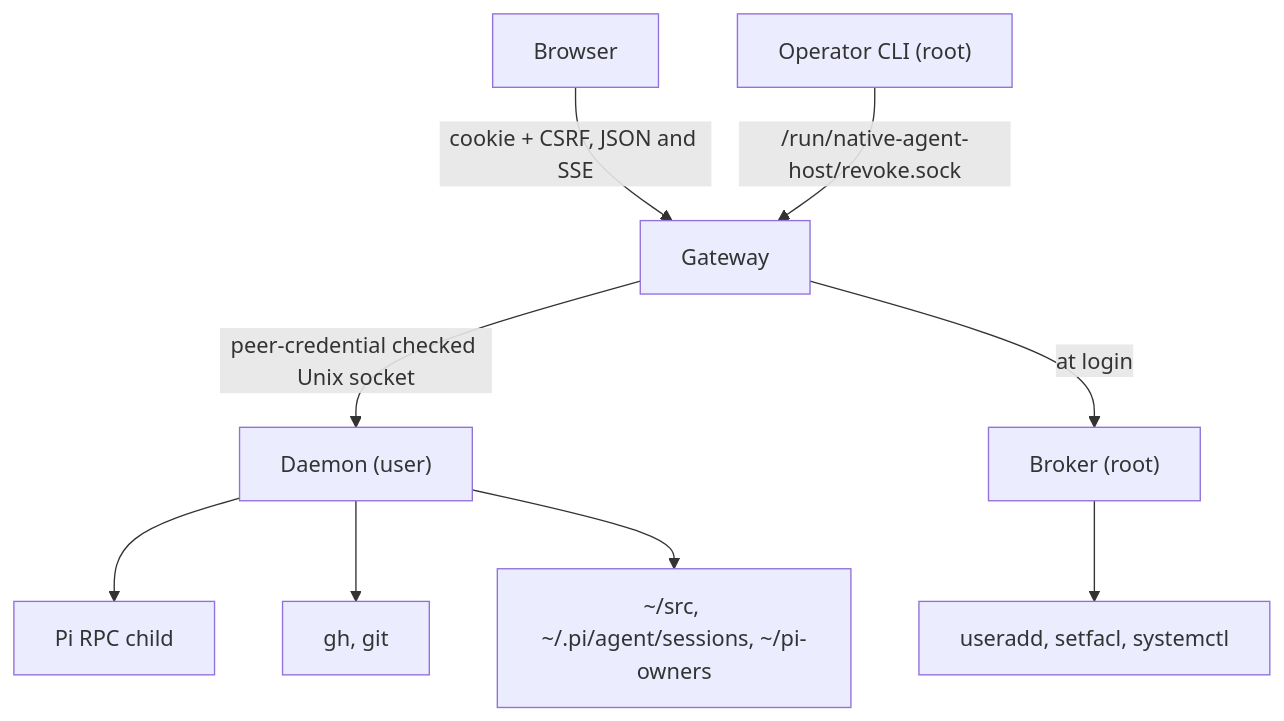
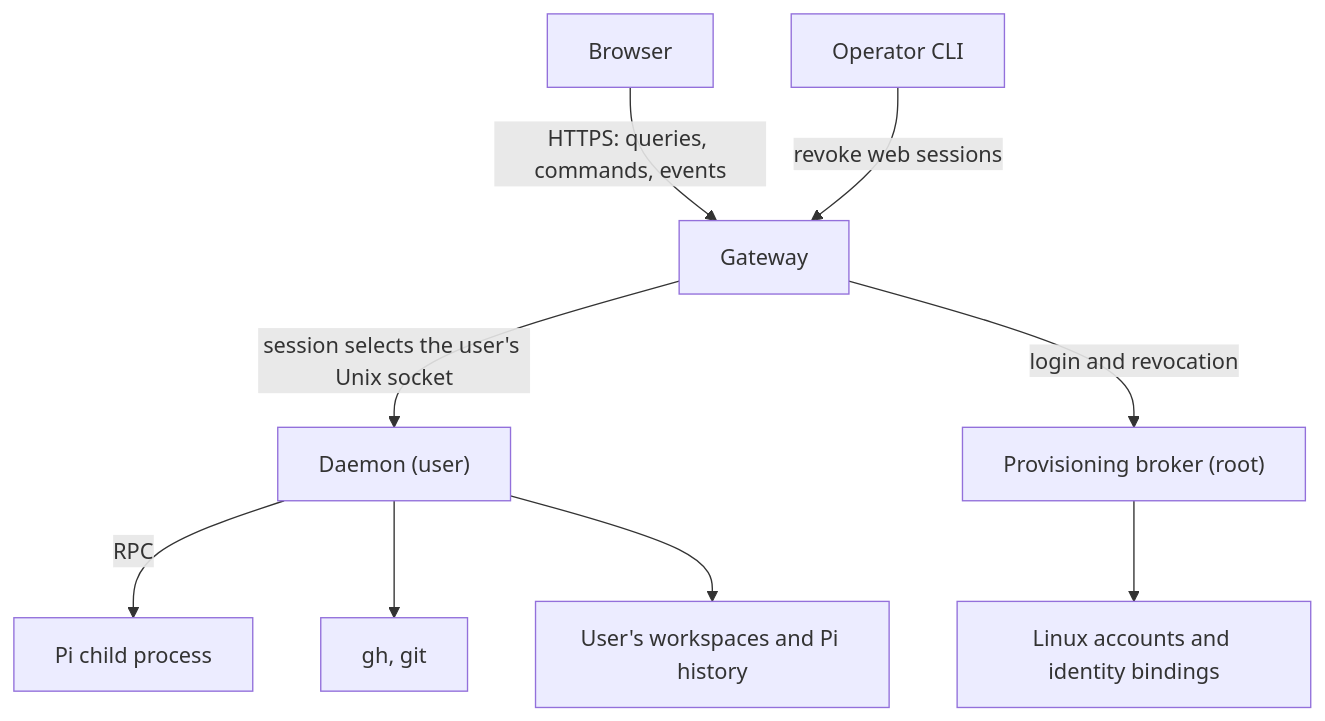
One commit to Open-Habitat/open-habitat changed the diagram in docs/architecture/components.md. Above: the diagram before and after it, drawn with Mermaid. The commit also changed other lines of this file and 1 other file, not shown here.

First line of the commit message:
docs: explain component responsibilities and native data ownership

````diff
--- a/docs/architecture/components.md
+++ b/docs/architecture/components.md
@@ -9,11 +10,11 @@
 ```mermaid
 flowchart TB
-  B["Browser"] -->|"cookie + CSRF, JSON and SSE"| G["Gateway"]
-  G -->|"peer-credential checked Unix socket"| D["Daemon (user)"]
-  G -->|"at login"| P["Broker (root)"]
-  D --> Pi["Pi RPC child"]
+  B["Browser"] -->|"HTTPS: queries, commands, events"| G["Gateway"]
+  G -->|"session selects the user's Unix socket"| D["Daemon (user)"]
+  G -->|"login and revocation"| P["Provisioning broker (root)"]
+  P --> A["Linux accounts and identity bindings"]
+  D -->|"RPC"| Pi["Pi child process"]
   D --> GH["gh, git"]
-  D --> FS["~/src, ~/.pi/agent/sessions, ~/pi-owners"]
-  P --> OS["useradd, setfacl, systemctl"]
-  Op["Operator CLI (root)"] -->|"/run/native-agent-host/revoke.sock"| G
+  D --> FS["User's workspaces and Pi history"]
+  Op["Operator CLI"] -->|"revoke web sessions"| G
 ```
````
